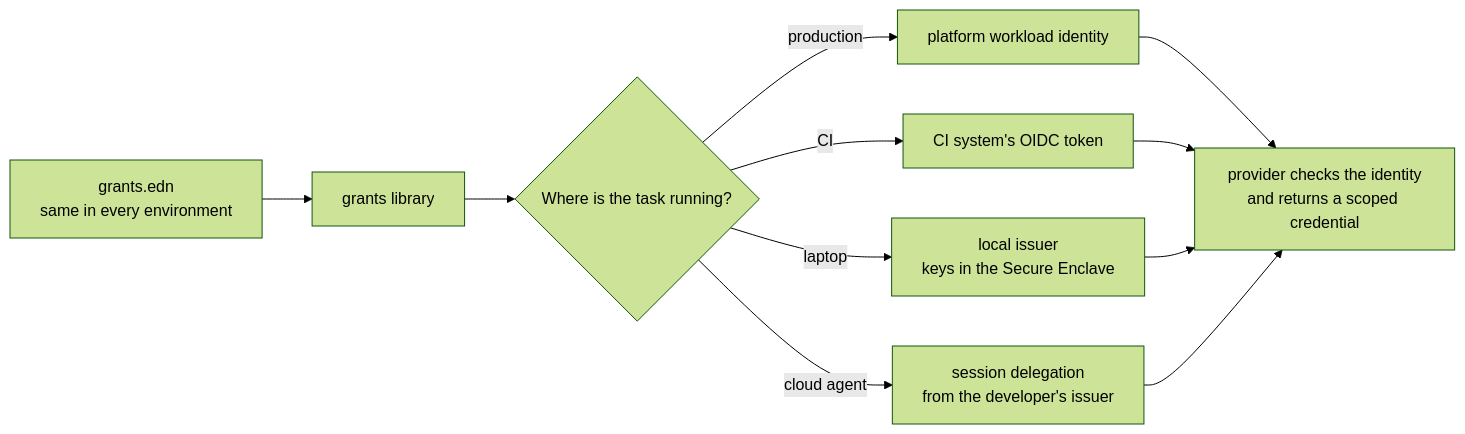
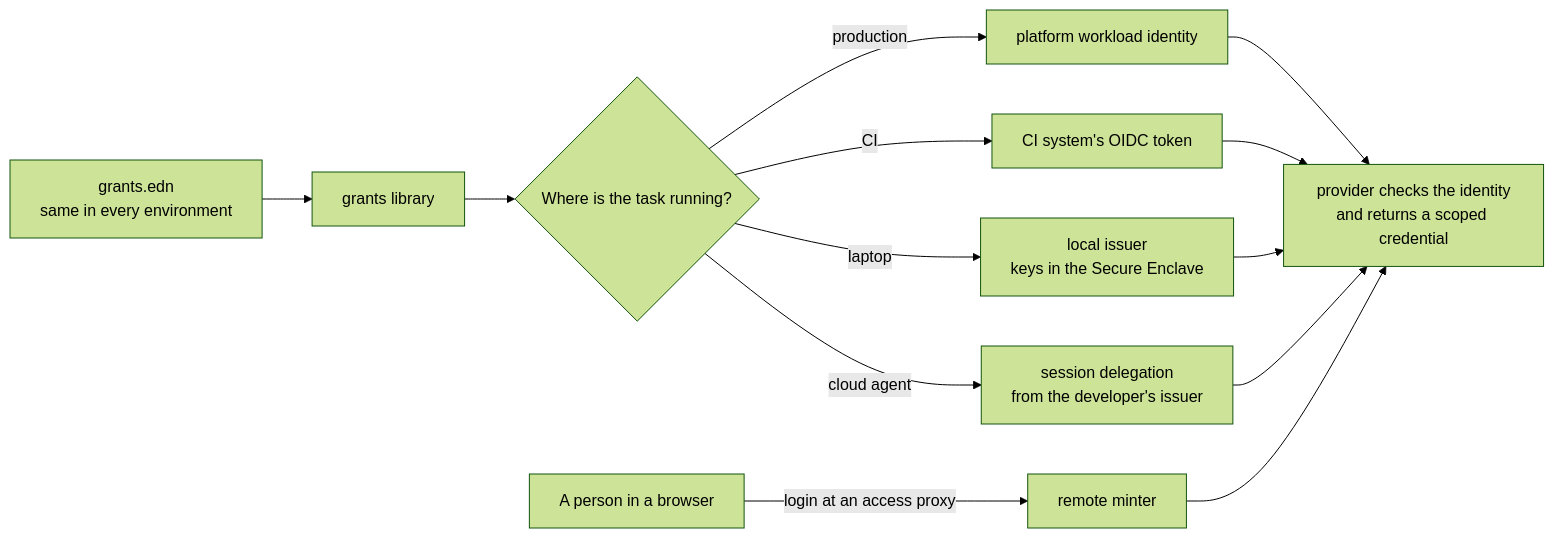
Before and after one commit to kirahowe/grants: the fifth of 7 diagrams in doc/design.md, drawn with Mermaid (forest theme). The commit also changed other lines of this file and 1 other file, not shown here.

````diff
--- a/doc/design.md
+++ b/doc/design.md
@@ -302,13 +511,15 @@
 ```mermaid
 flowchart LR
     G["grants.edn<br/>same in every environment"] --> L["grants library"]
     L --> D{"Where is the task running?"}
     D -->|production| WI["platform workload identity"]
     D -->|CI| CI["CI system's OIDC token"]
     D -->|laptop| LI["local issuer<br/>keys in the Secure Enclave"]
     D -->|cloud agent| SI["session delegation<br/>from the developer's issuer"]
     WI --> P["provider checks the identity<br/>and returns a scoped credential"]
     CI --> P
     LI --> P
     SI --> P
+    B["A person in a browser"] -->|"login at an access proxy"| M["remote minter"]
+    M --> P
 ```
````
